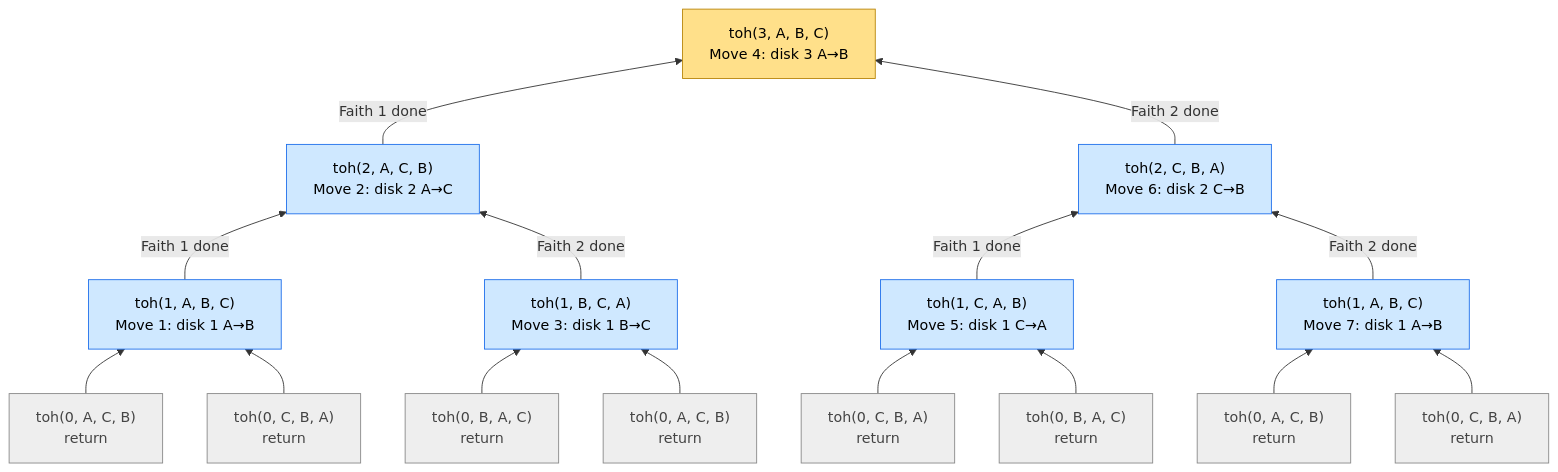
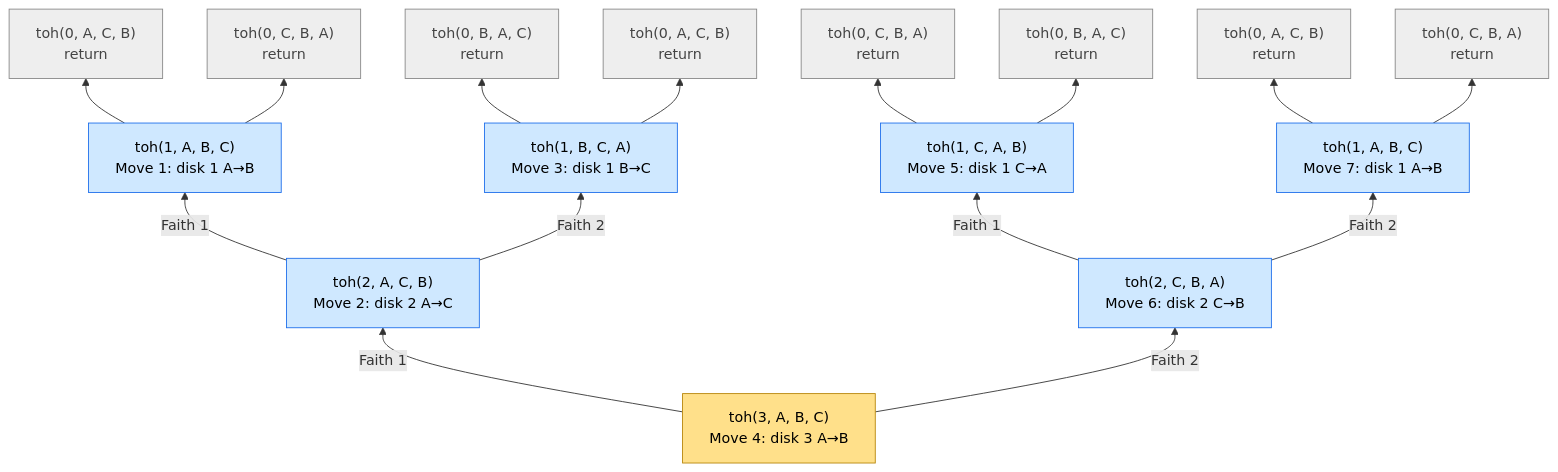
The first of 2 diagrams in dsa/recursion/tower-of-hanoi/README.md (arpit-cts/do_dsa), drawn with Mermaid before and after one commit. The commit also changed other lines of this file and 1 other file, not shown here.

````diff
--- a/dsa/recursion/tower-of-hanoi/README.md
+++ b/dsa/recursion/tower-of-hanoi/README.md
@@ -331,40 +334,40 @@
 ```mermaid
 flowchart BT
+    T3["toh(3, A, B, C)<br/>Move 4: disk 3 A→B"]
+    T2a["toh(2, A, C, B)<br/>Move 2: disk 2 A→C"]
+    T2b["toh(2, C, B, A)<br/>Move 6: disk 2 C→B"]
+    T1a["toh(1, A, B, C)<br/>Move 1: disk 1 A→B"]
+    T1b["toh(1, B, C, A)<br/>Move 3: disk 1 B→C"]
+    T1c["toh(1, C, A, B)<br/>Move 5: disk 1 C→A"]
+    T1d["toh(1, A, B, C)<br/>Move 7: disk 1 A→B"]
     Z1["toh(0, A, C, B)<br/>return"]
     Z2["toh(0, C, B, A)<br/>return"]
     Z3["toh(0, B, A, C)<br/>return"]
     Z4["toh(0, A, C, B)<br/>return"]
     Z5["toh(0, C, B, A)<br/>return"]
     Z6["toh(0, B, A, C)<br/>return"]
     Z7["toh(0, A, C, B)<br/>return"]
     Z8["toh(0, C, B, A)<br/>return"]
-    T1a["toh(1, A, B, C)<br/>Move 1: disk 1 A→B"]
-    T1b["toh(1, B, C, A)<br/>Move 3: disk 1 B→C"]
-    T1c["toh(1, C, A, B)<br/>Move 5: disk 1 C→A"]
-    T1d["toh(1, A, B, C)<br/>Move 7: disk 1 A→B"]
-    T2a["toh(2, A, C, B)<br/>Move 2: disk 2 A→C"]
-    T2b["toh(2, C, B, A)<br/>Move 6: disk 2 C→B"]
-    T3["toh(3, A, B, C)<br/>Move 4: disk 3 A→B"]
 
-    Z1 --> T1a
-    Z2 --> T1a
-    Z3 --> T1b
-    Z4 --> T1b
-    Z5 --> T1c
-    Z6 --> T1c
-    Z7 --> T1d
-    Z8 --> T1d
-    T1a -->|"Faith 1 done"| T2a
-    T1b -->|"Faith 2 done"| T2a
-    T1c -->|"Faith 1 done"| T2b
-    T1d -->|"Faith 2 done"| T2b
-    T2a -->|"Faith 1 done"| T3
-    T2b -->|"Faith 2 done"| T3
+    T3 -->|"Faith 1"| T2a
+    T3 -->|"Faith 2"| T2b
+    T2a -->|"Faith 1"| T1a
+    T2a -->|"Faith 2"| T1b
+    T2b -->|"Faith 1"| T1c
+    T2b -->|"Faith 2"| T1d
+    T1a --> Z1
+    T1a --> Z2
+    T1b --> Z3
+    T1b --> Z4
+    T1c --> Z5
+    T1c --> Z6
+    T1d --> Z7
+    T1d --> Z8
 
-    classDef top fill:#ffe08a,stroke:#b8860b,color:#000
+    classDef first fill:#ffe08a,stroke:#b8860b,color:#000
     classDef mid fill:#cfe8ff,stroke:#1f6feb,color:#000
     classDef base fill:#eeeeee,stroke:#888888,color:#444
-    class T3 top
+    class T3 first
     class T2a,T2b,T1a,T1b,T1c,T1d mid
     class Z1,Z2,Z3,Z4,Z5,Z6,Z7,Z8 base
 ```
````
